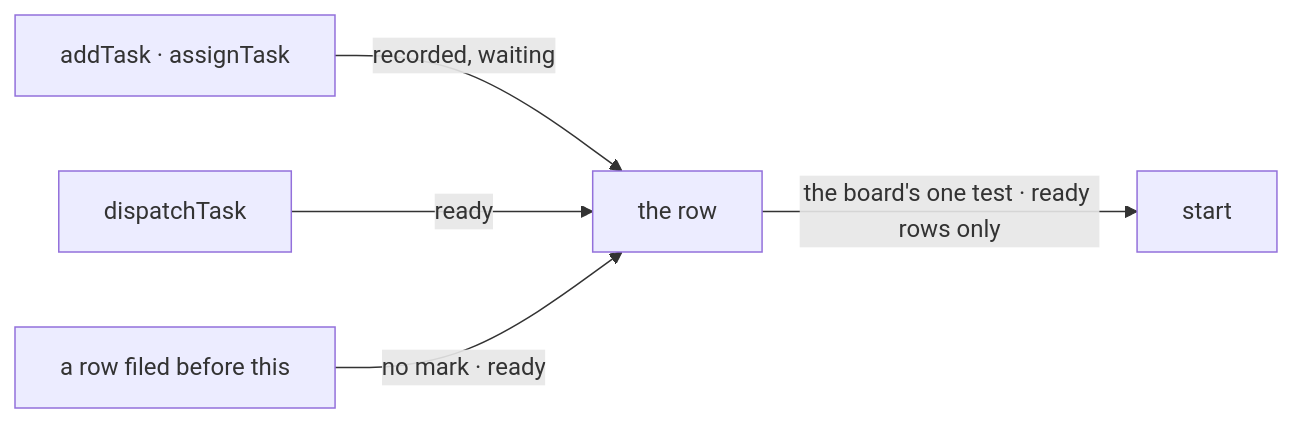
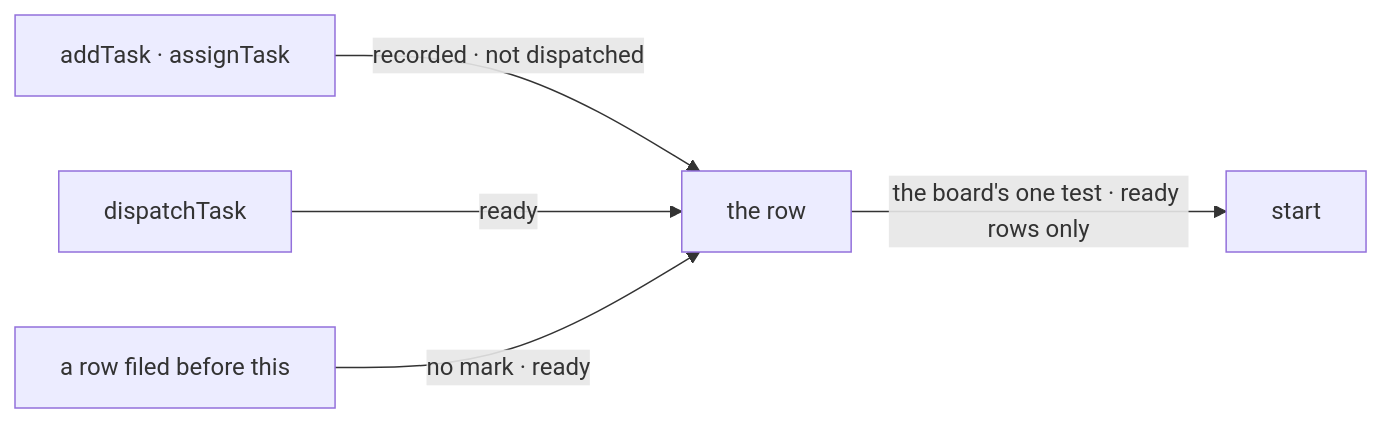
One commit to fixpoint-labs/flow-state-dev changed the diagram in specs/issues/FIX-1875/BUSINESS-RULES.md. Above: the diagram before and after it, drawn with Mermaid. The commit also changed other lines of this file and 8 other files, not shown here.

````diff
--- a/specs/issues/FIX-1875/BUSINESS-RULES.md
+++ b/specs/issues/FIX-1875/BUSINESS-RULES.md
@@ -52,7 +56,7 @@
 ```mermaid
 flowchart LR
-  A["addTask · assignTask"] -->|"recorded, waiting"| R["the row"]
+  A["addTask · assignTask"] -->|"recorded · not dispatched"| R["the row"]
   D["dispatchTask"] -->|"ready"| R
   O["a row filed before this"] -->|"no mark · ready"| R
   R -->|"the board's one test · ready rows only"| S["start"]
 ```
````
